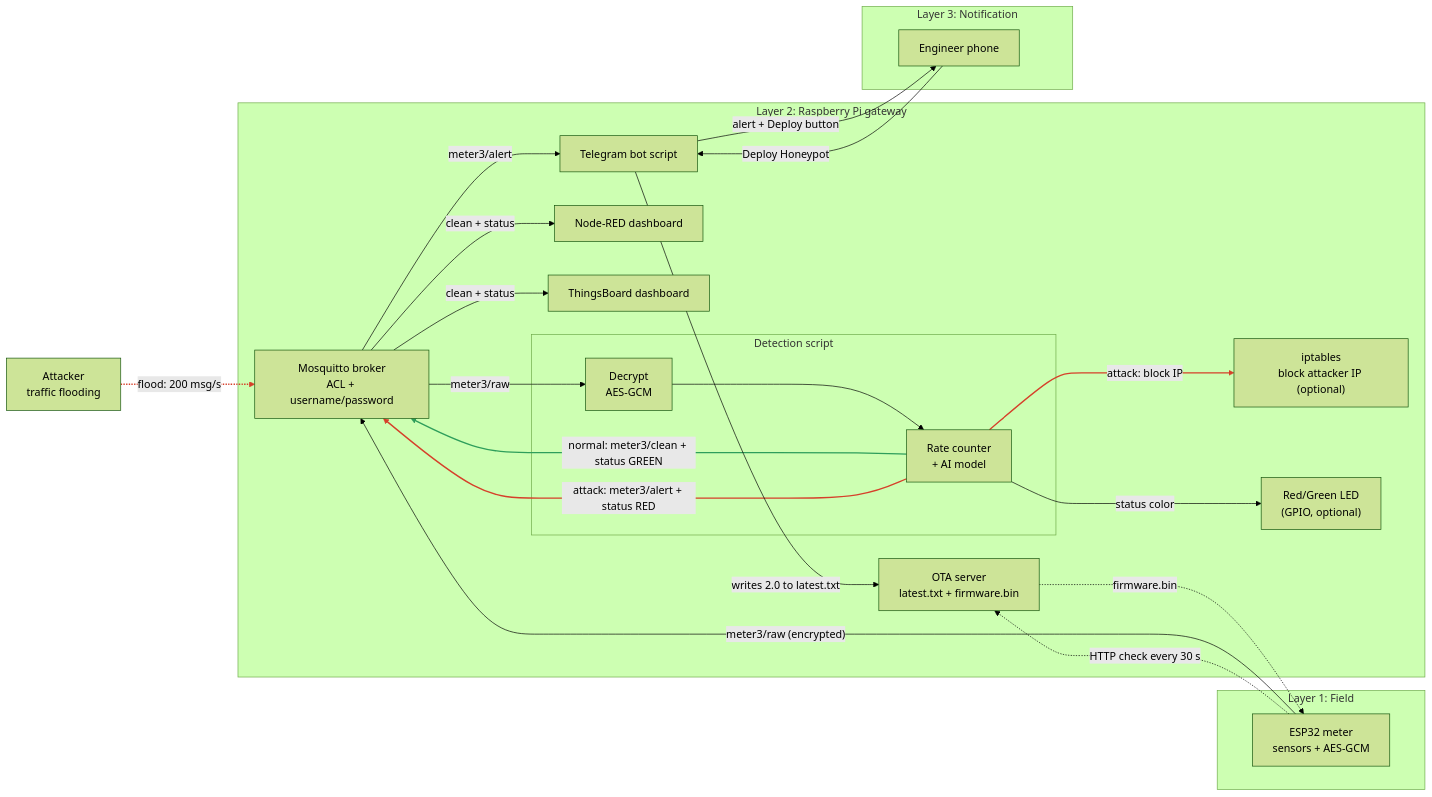
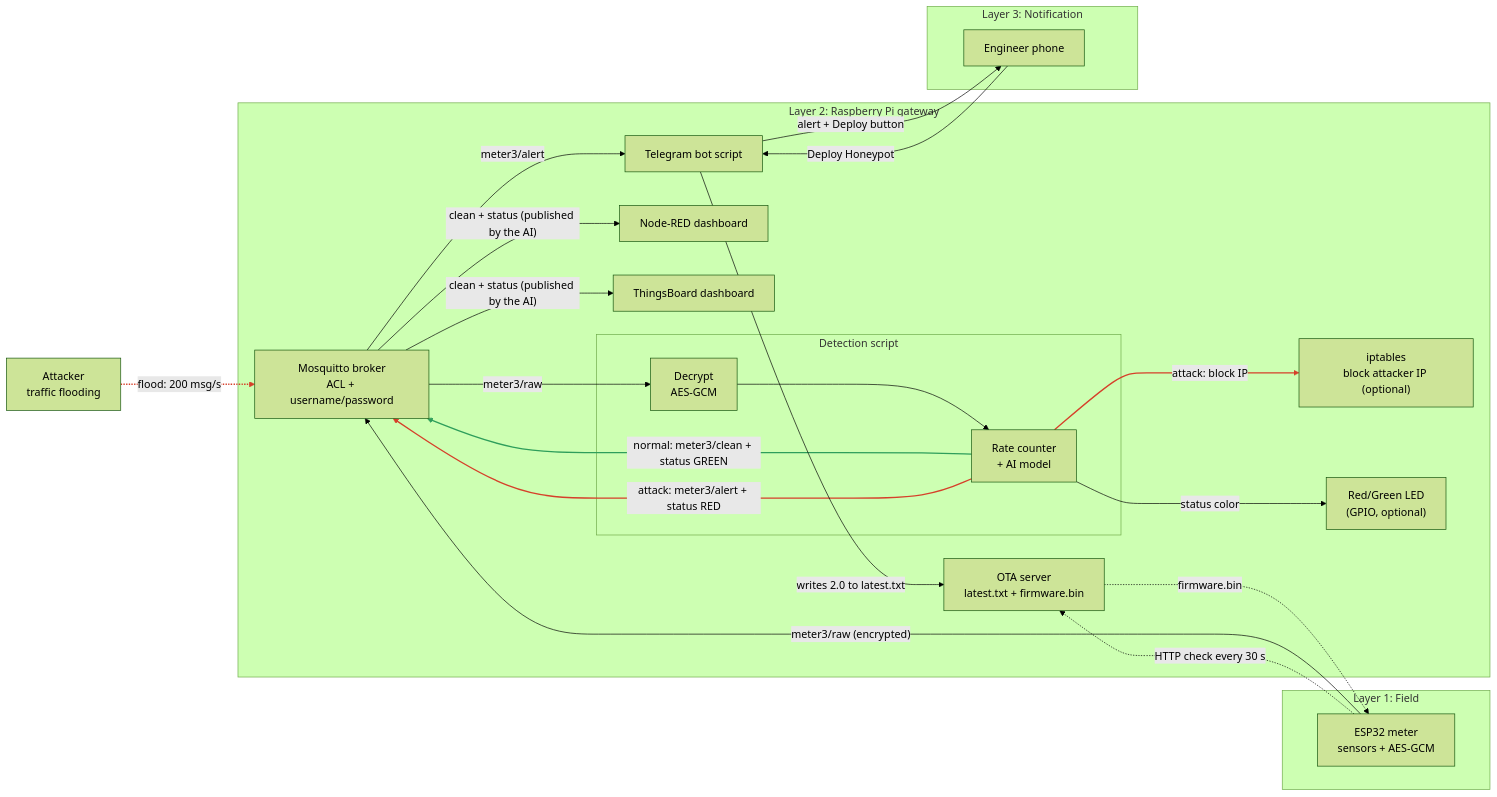
The diagram in docs/architecture.md (HaneenHany/Edge-Deception-Gateway), drawn with Mermaid (forest theme) before and after one commit.

````diff
--- a/docs/architecture.md
+++ b/docs/architecture.md
@@ -7,46 +7,46 @@
 ```mermaid
 flowchart LR
   ATK["Attacker<br/>traffic flooding"]
 
   subgraph L1["Layer 1: Field"]
     ESP["ESP32 meter<br/>sensors + AES-GCM"]
   end
 
   subgraph L2["Layer 2: Raspberry Pi gateway"]
     BR["Mosquitto broker<br/>ACL + username/password"]
     subgraph DET["Detection script"]
       DEC["Decrypt<br/>AES-GCM"]
       AI["Rate counter<br/>+ AI model"]
     end
     FW["iptables<br/>block attacker IP (optional)"]
     LED["Red/Green LED<br/>(GPIO, optional)"]
     NR["Node-RED dashboard"]
     TB["ThingsBoard dashboard"]
     BOT["Telegram bot script"]
     OTA["OTA server<br/>latest.txt + firmware.bin"]
   end
 
   subgraph L3["Layer 3: Notification"]
     PH["Engineer phone"]
   end
 
   ESP -->|"meter3/raw (encrypted)"| BR
   BR -->|"meter3/raw"| DEC
   DEC --> AI
   AI -->|"normal: meter3/clean + status GREEN"| BR
   AI -->|"attack: meter3/alert + status RED"| BR
   AI -->|"attack: block IP"| FW
-  BR -->|"clean + status"| NR
-  BR -->|"clean + status"| TB
+  BR -->|"clean + status (published by the AI)"| NR
+  BR -->|"clean + status (published by the AI)"| TB
   BR -->|"meter3/alert"| BOT
   BOT -->|"alert + Deploy button"| PH
   PH -->|"Deploy Honeypot"| BOT
   BOT -->|"writes 2.0 to latest.txt"| OTA
   ESP -.->|"HTTP check every 30 s"| OTA
   OTA -.->|"firmware.bin"| ESP
   ATK -.->|"flood: 200 msg/s"| BR
   AI -->|"status color"| LED
 
   linkStyle 3 stroke:#2e9e5b,stroke-width:2px
   linkStyle 4,5,14 stroke:#d6402a,stroke-width:2px
 ```
````
